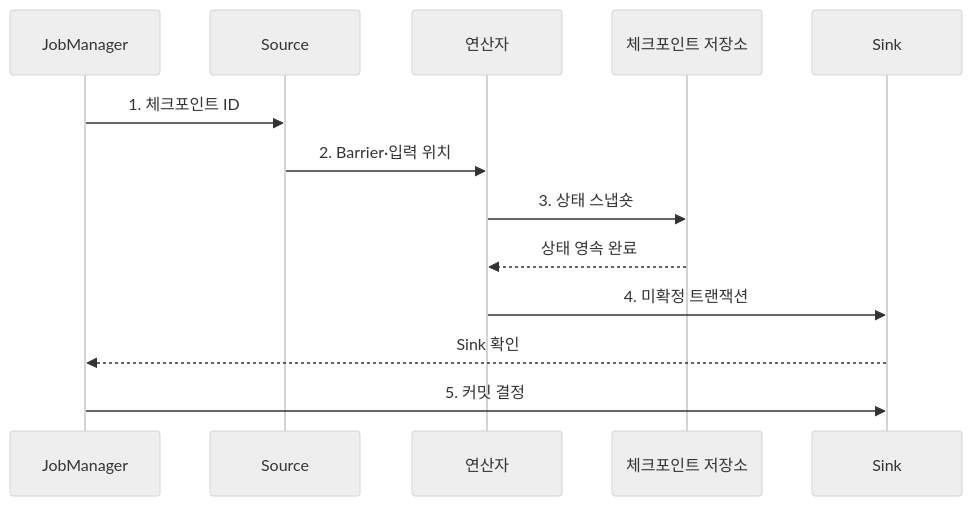
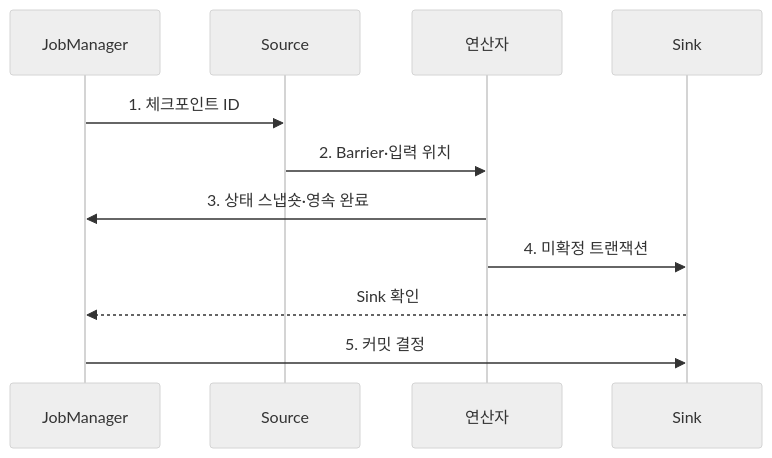
One commit to agnusdei1207/knowledge-base changed the second of 2 diagrams in src/content/docs/notes/03-software/120_apache_flink.md. Above: the diagram before and after it, drawn with Mermaid (neutral theme). The commit also changed 5 other files, not shown here.

Commit message:
Focus data platform diagrams

````diff
--- a/src/content/docs/notes/03-software/120_apache_flink.md
+++ b/src/content/docs/notes/03-software/120_apache_flink.md
@@ -97,15 +97,13 @@
 ```mermaid
 sequenceDiagram
     participant J as JobManager
     participant S as Source
     participant O as 연산자
-    participant C as 체크포인트 저장소
     participant K as Sink
     J->>S: 1. 체크포인트 ID
     S->>O: 2. Barrier·입력 위치
-    O->>C: 3. 상태 스냅숏
-    C-->>O: 상태 영속 완료
+    O->>J: 3. 상태 스냅숏·영속 완료
     O->>K: 4. 미확정 트랜잭션
     K-->>J: Sink 확인
     J->>K: 5. 커밋 결정
 ```
````
